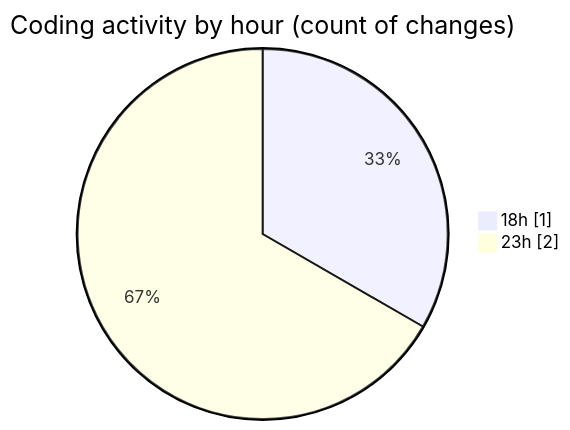
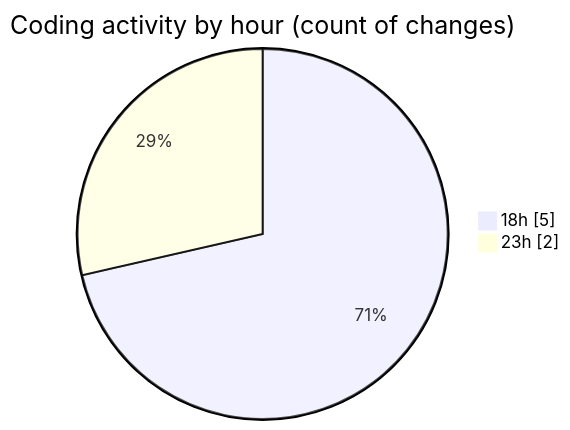
The second of 2 diagrams in 2025-11-01/backend/README.md (Ritupan-Deka/code-tracking), drawn with Mermaid before and after one commit. The commit also changed other lines of this file and 1 other file, not shown here.

````diff
--- a/2025-11-01/backend/README.md
+++ b/2025-11-01/backend/README.md
@@ -28,6 +31,6 @@
 ```mermaid
 pie showData
 title Coding activity by hour (count of changes)
-"18h" : 1
+"18h" : 5
 "23h" : 2
 ```
````
